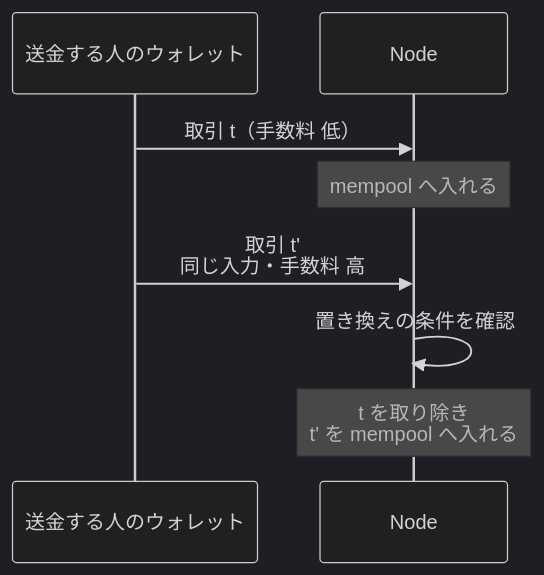
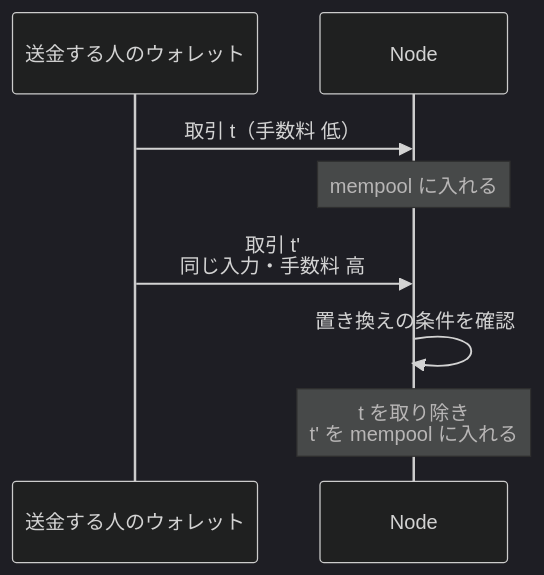
Before and after one commit to nao1215/debimate: the fourth of 4 diagrams in content/notes/blockchain-systems/mempool/index.md, drawn with Mermaid (dark theme). The commit also changed other lines of this file and 46 other files, not shown here.

````diff
--- a/content/notes/blockchain-systems/mempool/index.md
+++ b/content/notes/blockchain-systems/mempool/index.md
@@ -114,10 +114,10 @@
 ```mermaid
 sequenceDiagram
     participant W as 送金する人のウォレット
     participant N as Node
     W->>N: 取引 t（手数料 低）
-    Note over N: mempool へ入れる
+    Note over N: mempool に入れる
     W->>N: 取引 t'<br/>同じ入力・手数料 高
     N->>N: 置き換えの条件を確認
-    Note over N: t を取り除き<br/>t' を mempool へ入れる
+    Note over N: t を取り除き<br/>t' を mempool に入れる
 ```
````
